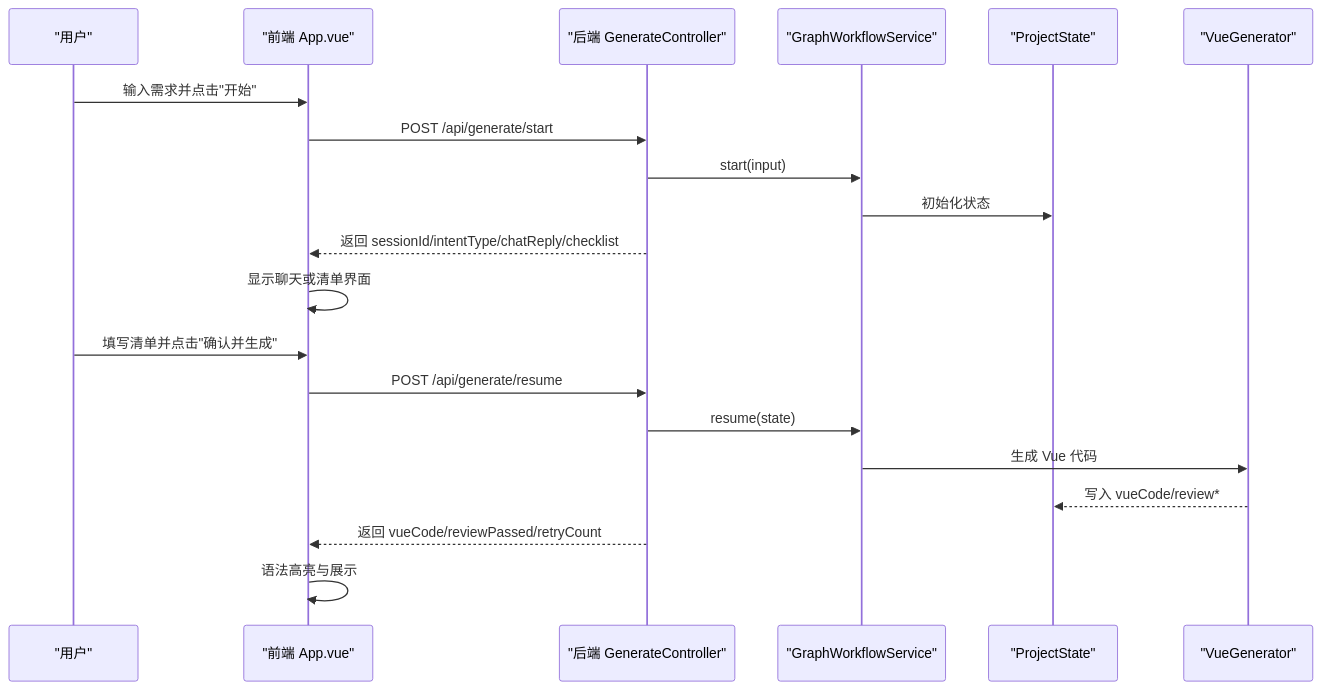
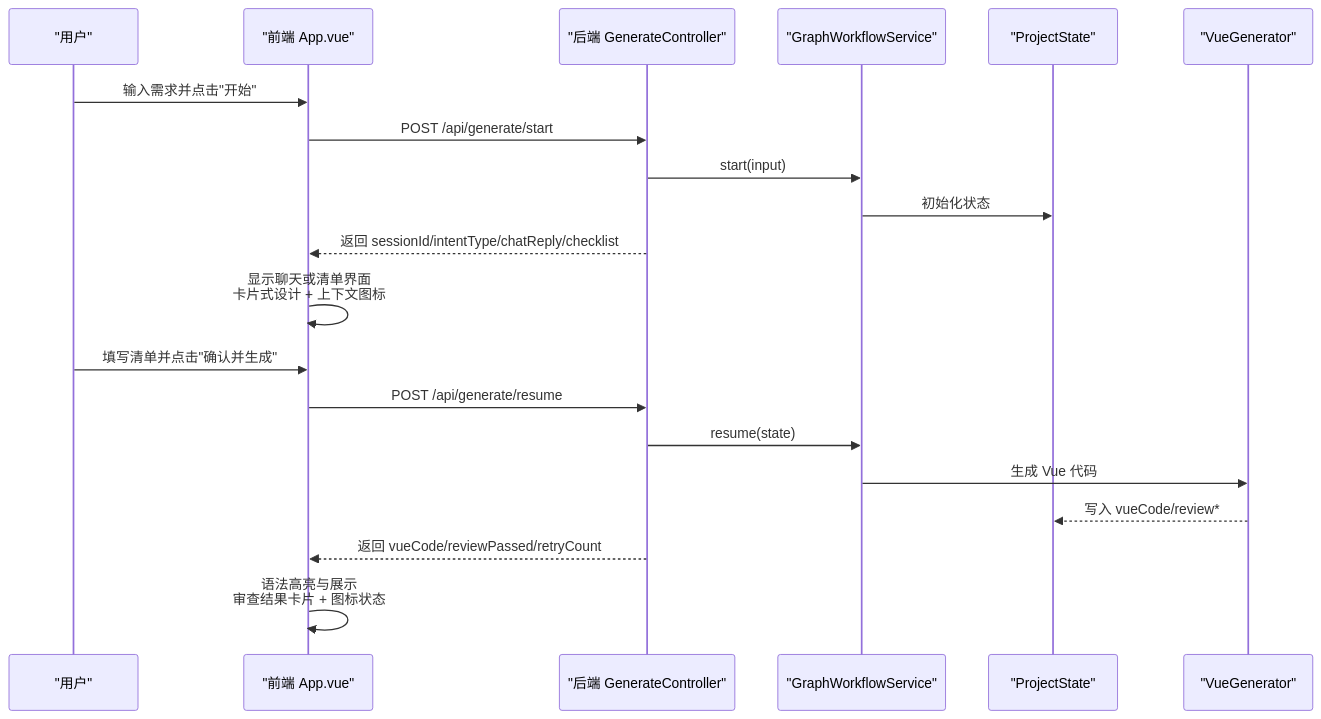
The second of 4 diagrams in .qoder/repowiki/zh/content/前端Vue.js应用.md (CyanYuKi/WebSiteFrontendCodeMother), drawn with Mermaid before and after one commit. The commit also changed other lines of this file and 21 other files, not shown here.

````diff
--- a/.qoder/repowiki/zh/content/前端Vue.js应用.md
+++ b/.qoder/repowiki/zh/content/前端Vue.js应用.md
@@ -129,22 +134,22 @@
 ```mermaid
 sequenceDiagram
 participant U as "用户"
 participant FE as "前端 App.vue"
 participant API as "后端 GenerateController"
 participant WF as "GraphWorkflowService"
 participant ST as "ProjectState"
 participant VG as "VueGenerator"
 U->>FE : 输入需求并点击"开始"
 FE->>API : POST /api/generate/start
 API->>WF : start(input)
 WF->>ST : 初始化状态
 API-->>FE : 返回 sessionId/intentType/chatReply/checklist
-FE->>FE : 显示聊天或清单界面
+FE->>FE : 显示聊天或清单界面<br/>卡片式设计 + 上下文图标
 U->>FE : 填写清单并点击"确认并生成"
 FE->>API : POST /api/generate/resume
 API->>WF : resume(state)
 WF->>VG : 生成 Vue 代码
 VG-->>ST : 写入 vueCode/review*
 API-->>FE : 返回 vueCode/reviewPassed/retryCount
-FE->>FE : 语法高亮与展示
+FE->>FE : 语法高亮与展示<br/>审查结果卡片 + 图标状态
 ```
````
